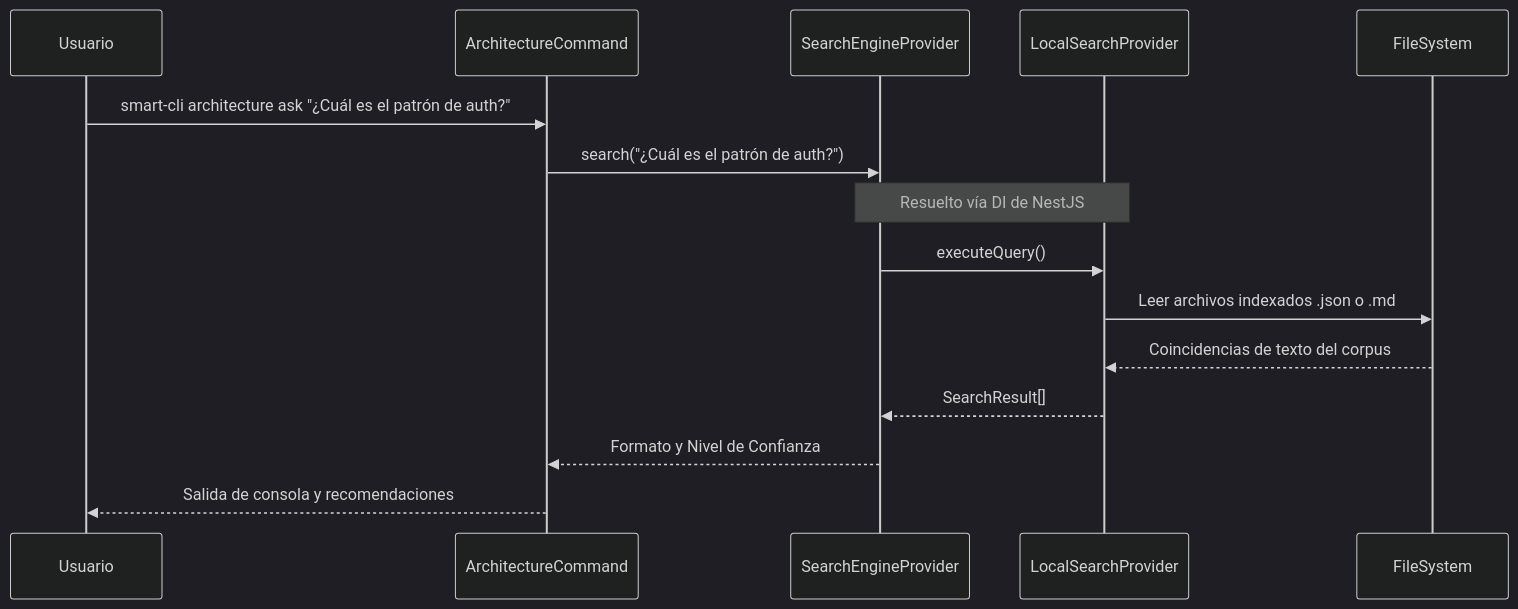
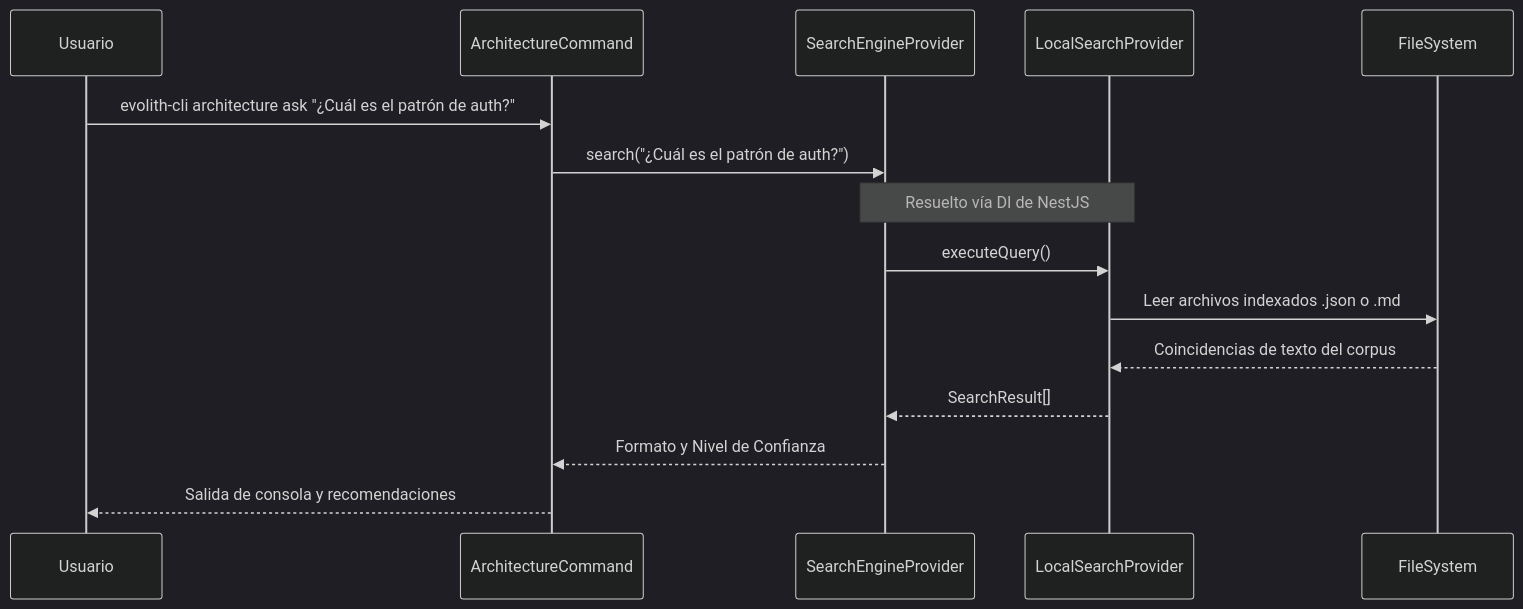
One commit to beyondnetcode/evolith_arch32 changed the second of 3 diagrams in reference/core/architecture/foundations/technical-design.es.md. Above: the diagram before and after it, drawn with Mermaid (dark theme). The commit also changed other lines of this file and 195 other files, not shown here.

First line of the commit message:
refactor(brand): align "Smart CLI" → "Evolith CLI" across docs, code, npm, and assemblies

````diff
--- a/reference/core/architecture/foundations/technical-design.es.md
+++ b/reference/core/architecture/foundations/technical-design.es.md
@@ -31,18 +31,18 @@
 ```mermaid
 sequenceDiagram
     participant Usuario
     participant ArchitectureCommand
     participant SearchEngineProvider
     participant LocalSearchProvider
     participant FileSystem
 
-    Usuario->>ArchitectureCommand: smart-cli architecture ask "¿Cuál es el patrón de auth?"
+    Usuario->>ArchitectureCommand: evolith-cli architecture ask "¿Cuál es el patrón de auth?"
     ArchitectureCommand->>SearchEngineProvider: search("¿Cuál es el patrón de auth?")
     Note over SearchEngineProvider,LocalSearchProvider: Resuelto vía DI de NestJS
     SearchEngineProvider->>LocalSearchProvider: executeQuery()
     LocalSearchProvider->>FileSystem: Leer archivos indexados .json o .md
     FileSystem-->>LocalSearchProvider: Coincidencias de texto del corpus
     LocalSearchProvider-->>SearchEngineProvider: SearchResult[]
     SearchEngineProvider-->>ArchitectureCommand: Formato y Nivel de Confianza
     ArchitectureCommand-->>Usuario: Salida de consola y recomendaciones
 ```
````
